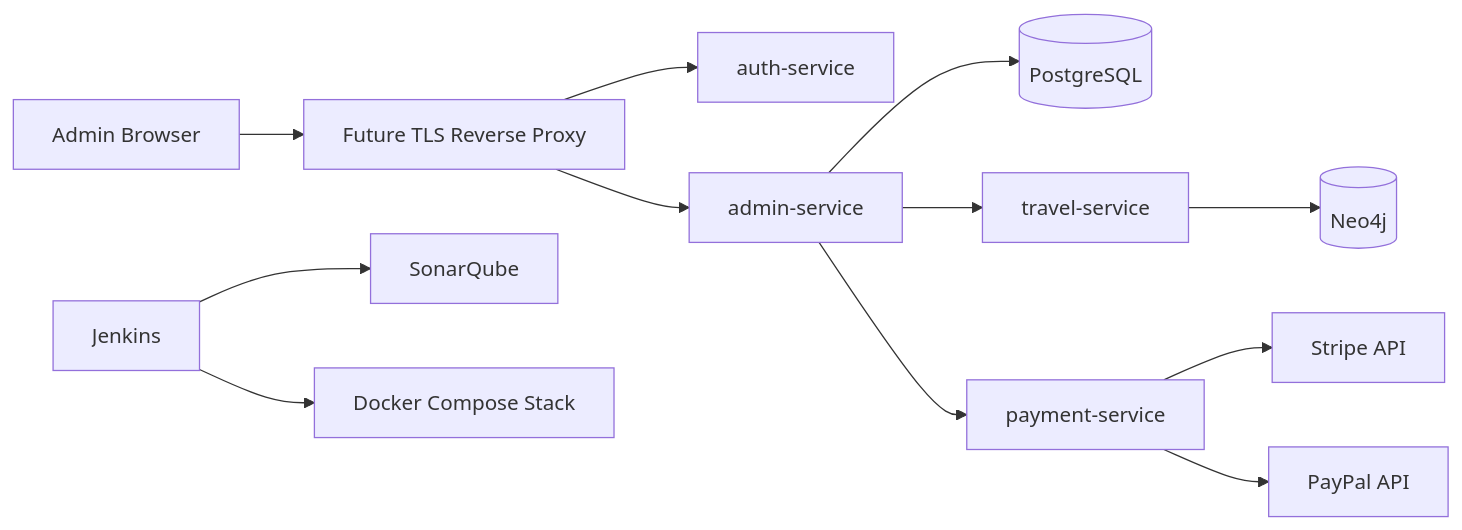
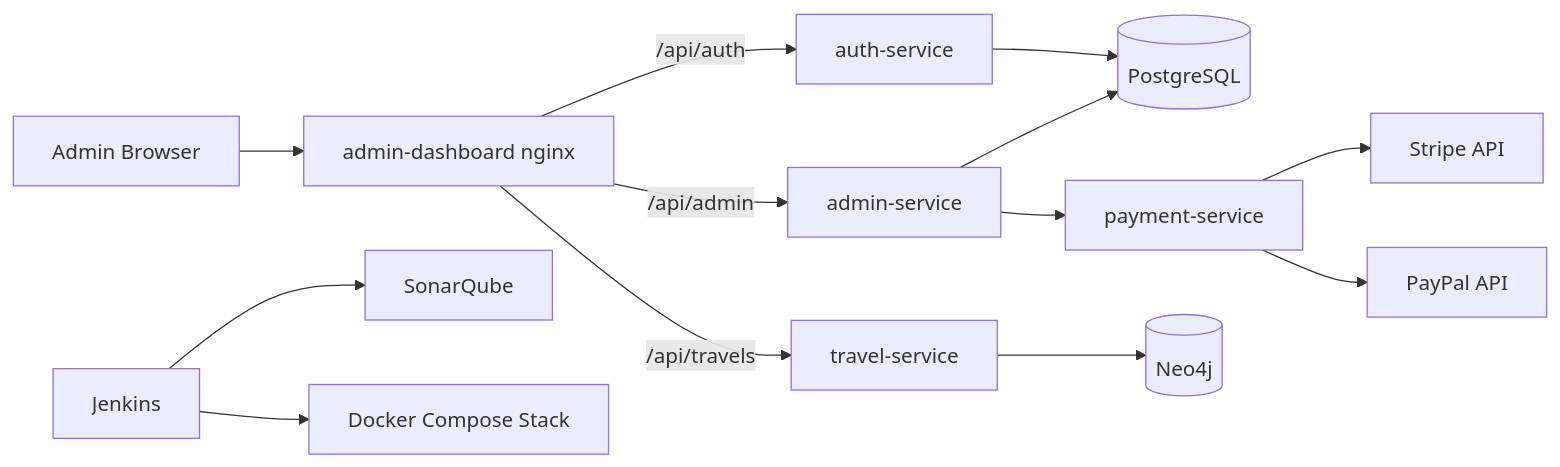
The diagram in docs/architecture.md (pcaboor/travel-plan), drawn with Mermaid before and after one commit. The commit also changed other lines of this file and 61 other files, not shown here.

First line of the commit message:
feat: add react admin dashboard with crud screens

````diff
--- a/docs/architecture.md
+++ b/docs/architecture.md
@@ -5,14 +5,15 @@
 ```mermaid
 flowchart LR
-  adminUser[Admin Browser] --> reverseProxy[Future TLS Reverse Proxy]
-  reverseProxy --> authService[auth-service]
-  reverseProxy --> adminService[admin-service]
-  adminService --> postgres[(PostgreSQL)]
-  adminService --> travelService[travel-service]
+  adminUser[Admin Browser] --> dashboard[admin-dashboard nginx]
+  dashboard -->|/api/auth| authService[auth-service]
+  dashboard -->|/api/admin| adminService[admin-service]
+  dashboard -->|/api/travels| travelService[travel-service]
+  authService --> postgres[(PostgreSQL)]
+  adminService --> postgres
   adminService --> paymentService[payment-service]
   travelService --> neo4j[(Neo4j)]
   paymentService --> stripe[Stripe API]
   paymentService --> paypal[PayPal API]
   jenkins[Jenkins] --> sonarqube[SonarQube]
   jenkins --> dockerStack[Docker Compose Stack]
 ```
````
